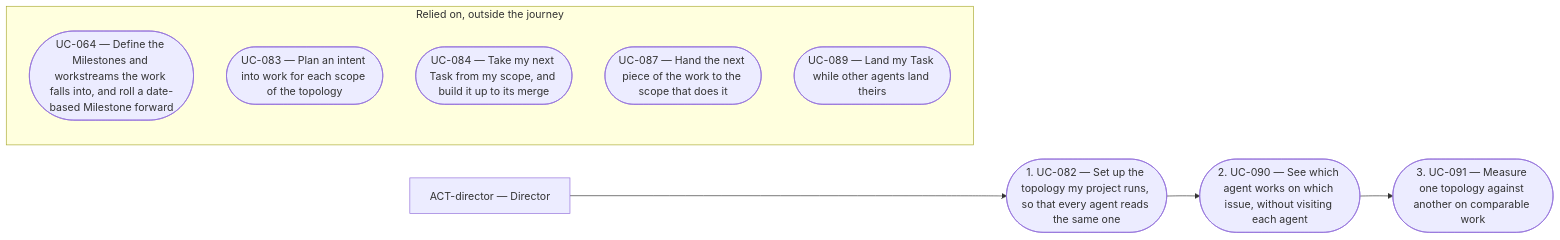
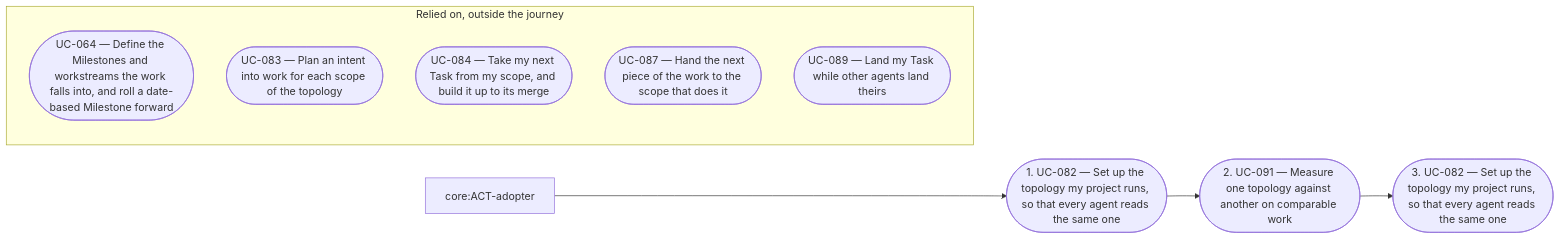
One commit to aleskalfas/project-kit changed the diagram in tech-docs/analysis/project-management/overview/README.md. Above: the diagram before and after it, drawn with Mermaid. The commit also changed other lines of this file and 12 other files, not shown here.

First line of the commit message:
docs(pm): the core's adopter sets up and measures the topology, in place of a director

````diff
--- a/tech-docs/analysis/project-management/overview/README.md
+++ b/tech-docs/analysis/project-management/overview/README.md
@@ -113,19 +113,19 @@
 ```mermaid
 flowchart LR
-  accTitle: JRN-004 — Direct several AI agents that work on my project at once
-  accDescr: The flow of JRN-004: ACT-director takes 3 steps in order, UC-082, UC-090, UC-091. It relies on 5 use cases outside the journey, drawn apart with no arrow.
-  ACT_director["ACT-director — Director"]
+  accTitle: JRN-004 — Set up the AI agents my project runs at once, and adjust their topology on what I measure
+  accDescr: The flow of JRN-004: core:ACT-adopter takes 3 steps in order, UC-082, UC-091, UC-082. It relies on 5 use cases outside the journey, drawn apart with no arrow.
+  core_ACT_adopter["core:ACT-adopter"]
   step_1(["1. UC-082 — Set up the topology my project runs, so that every agent reads the same one"])
-  step_2(["2. UC-090 — See which agent works on which issue, without visiting each agent"])
-  step_3(["3. UC-091 — Measure one topology against another on comparable work"])
+  step_2(["2. UC-091 — Measure one topology against another on comparable work"])
+  step_3(["3. UC-082 — Set up the topology my project runs, so that every agent reads the same one"])
   subgraph relies_on["Relied on, outside the journey"]
     UC_064(["UC-064 — Define the Milestones and workstreams the work falls into, and roll a date-based Milestone forward"])
     UC_083(["UC-083 — Plan an intent into work for each scope of the topology"])
     UC_084(["UC-084 — Take my next Task from my scope, and build it up to its merge"])
     UC_087(["UC-087 — Hand the next piece of the work to the scope that does it"])
     UC_089(["UC-089 — Land my Task while other agents land theirs"])
   end
-  ACT_director --> step_1
+  core_ACT_adopter --> step_1
   step_1 --> step_2
   step_2 --> step_3
 ```
````
